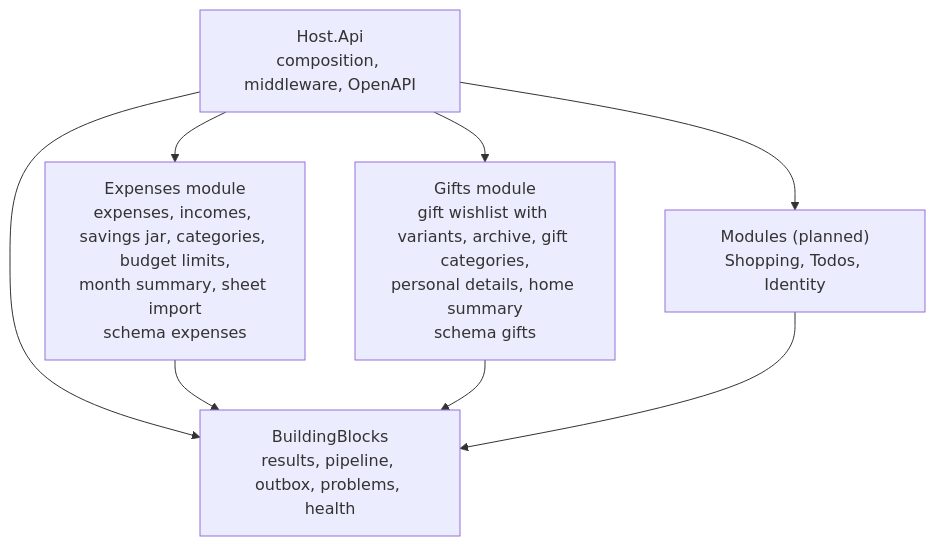
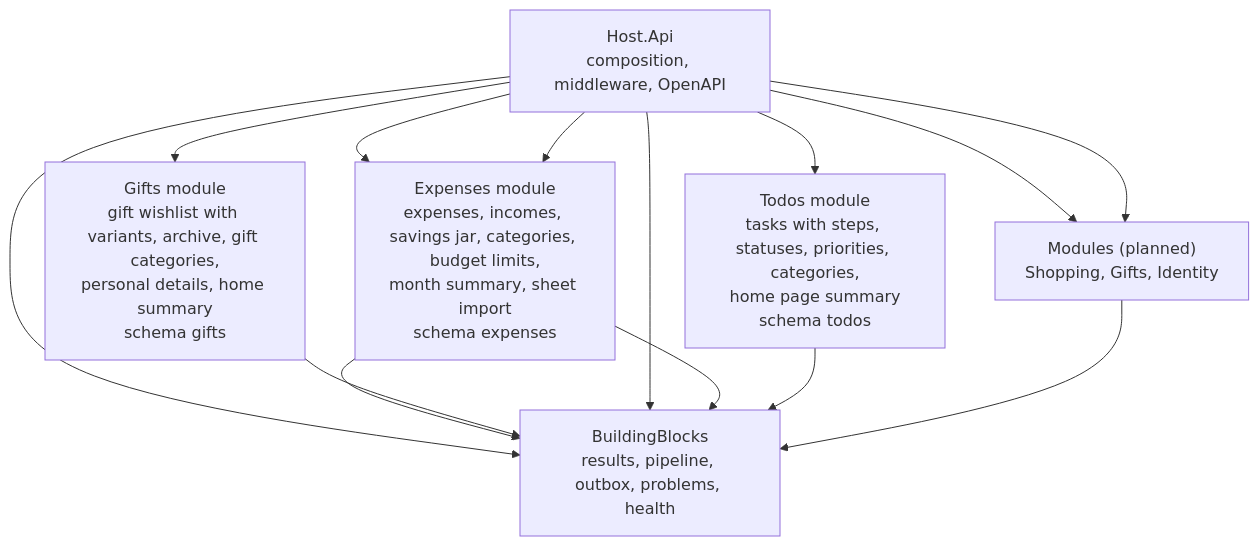
The third of 3 diagrams in api/docs/architecture/c4.md (Weretik/home-app), drawn with Mermaid before and after one commit. The commit also changed other lines of this file and 209 other files, not shown here.

First line of the commit message:
Todos: family to-do module, «Дела» section and home summary

````diff
--- a/api/docs/architecture/c4.md
+++ b/api/docs/architecture/c4.md
@@ -45,16 +48,25 @@
 ```mermaid
 flowchart TB
     host["Host.Api<br/>composition, middleware, OpenAPI"]
     blocks["BuildingBlocks<br/>results, pipeline, outbox, problems, health"]
     expenses["Expenses module<br/>expenses, incomes, savings jar, categories, budget limits,<br/>month summary, sheet import<br/>schema expenses"]
     gifts["Gifts module<br/>gift wishlist with variants, archive, gift categories,<br/>personal details, home summary<br/>schema gifts"]
     planned["Modules (planned)<br/>Shopping, Todos, Identity"]
 
     host --> blocks
     host --> expenses
     host --> gifts
     host --> planned
     expenses --> blocks
     gifts --> blocks
+    todos["Todos module<br/>tasks with steps, statuses, priorities, categories,<br/>home page summary<br/>schema todos"]
+    planned["Modules (planned)<br/>Shopping, Gifts, Identity"]
+
+    host --> blocks
+    host --> expenses
+    host --> todos
+    host --> planned
+    expenses --> blocks
+    todos --> blocks
     planned --> blocks
 ```
````
